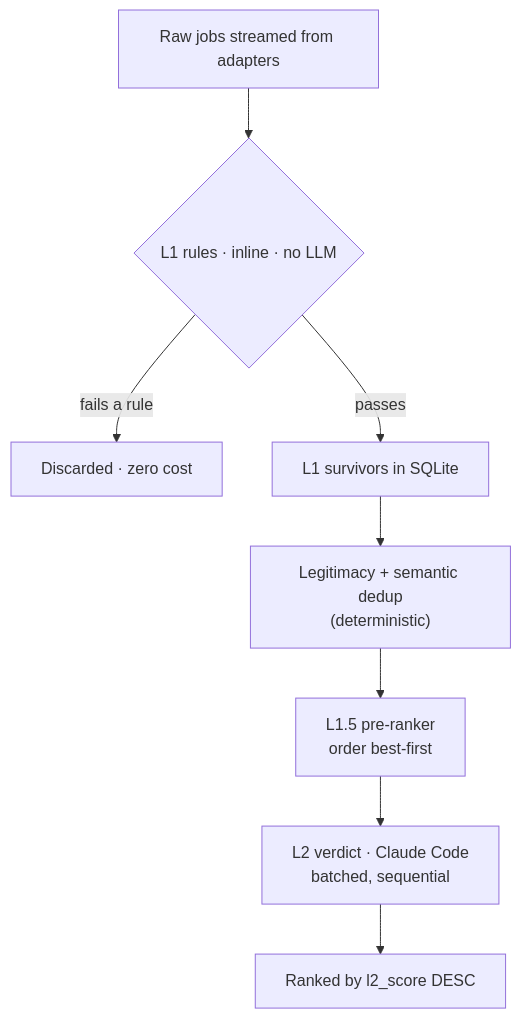
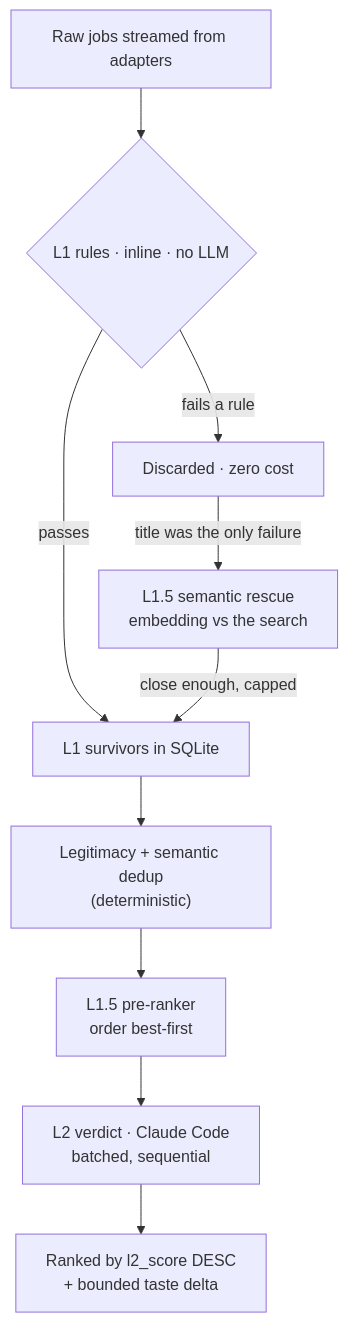
Before and after one commit to noobiethe13/lantern: the diagram in docs/filtering-and-ranking.md, drawn with Mermaid. The commit also changed other lines of this file and 127 other files, not shown here.

````diff
--- a/docs/filtering-and-ranking.md
+++ b/docs/filtering-and-ranking.md
@@ -7,10 +7,12 @@
 ```mermaid
 flowchart TD
     IN["Raw jobs streamed from adapters"] --> L1{"L1 rules · inline · no LLM"}
     L1 -->|fails a rule| OUT["Discarded · zero cost"]
     L1 -->|passes| SURV["L1 survivors in SQLite"]
+    OUT -->|title was the only failure| RESCUE["L1.5 semantic rescue<br/>embedding vs the search"]
+    RESCUE -->|close enough, capped| SURV
     SURV --> GHOST["Legitimacy + semantic dedup<br/>(deterministic)"]
     GHOST --> PRE["L1.5 pre-ranker<br/>order best-first"]
     PRE --> L2["L2 verdict · Claude Code<br/>batched, sequential"]
-    L2 --> RANK["Ranked by l2_score DESC"]
+    L2 --> RANK["Ranked by l2_score DESC<br/>+ bounded taste delta"]
 ```
````
